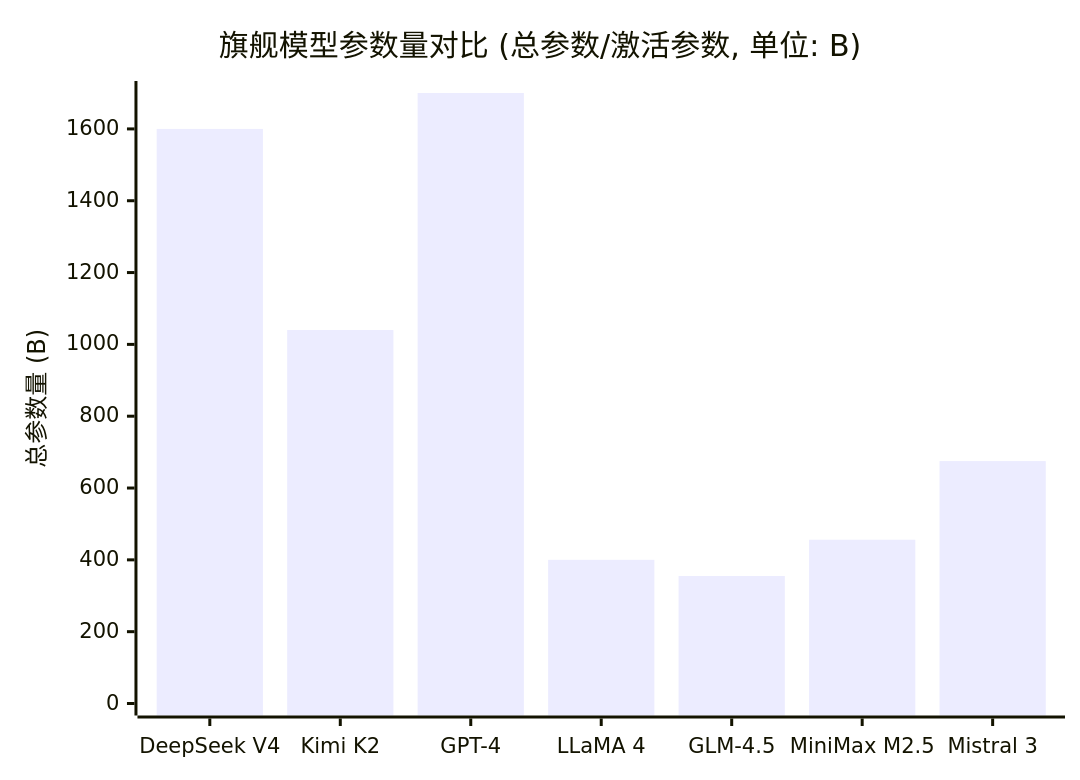
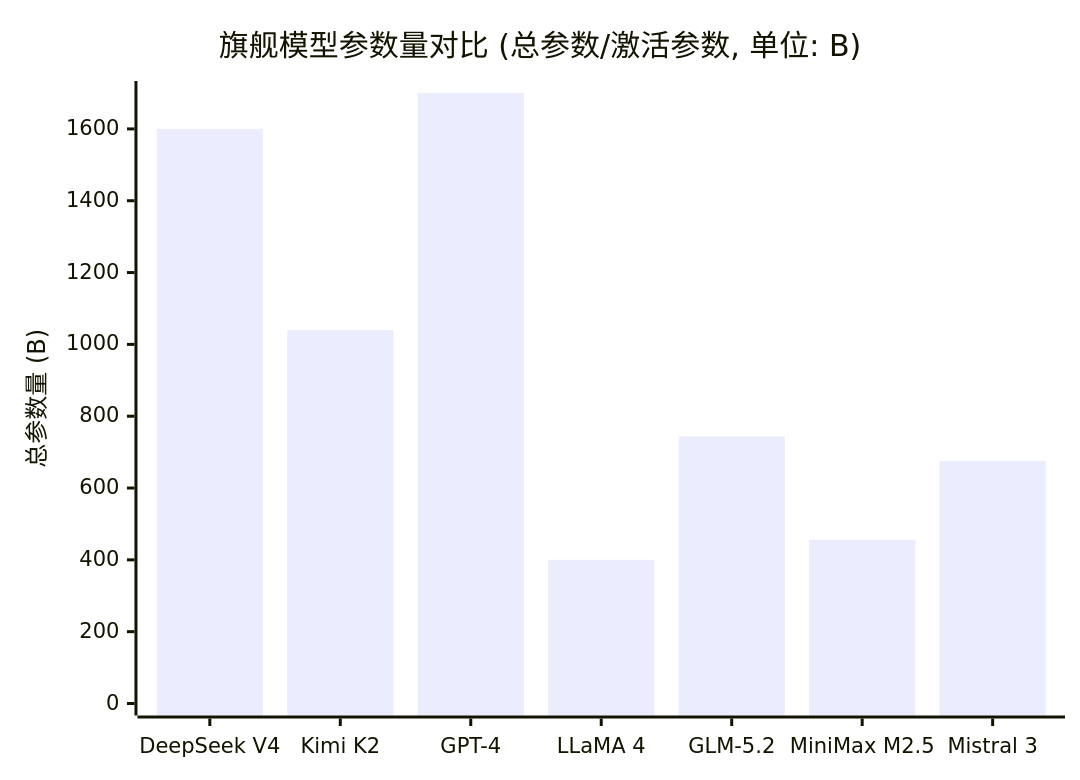
The third of 9 diagrams in synthesis/Chinese_vs_Global_LLM_Comparison.md (CloudManHQ/CloudMaster), drawn with Mermaid before and after one commit. The commit also changed other lines of this file and 21 other files, not shown here.

````diff
--- a/synthesis/Chinese_vs_Global_LLM_Comparison.md
+++ b/synthesis/Chinese_vs_Global_LLM_Comparison.md
@@ -110,7 +110,7 @@
 ```mermaid
 xychart-beta
     title "旗舰模型参数量对比 (总参数/激活参数, 单位: B)"
-    x-axis ["DeepSeek V4", "Kimi K2", "GPT-4", "LLaMA 4", "GLM-4.5", "MiniMax M2.5", "Mistral 3"]
+    x-axis ["DeepSeek V4", "Kimi K2", "GPT-4", "LLaMA 4", "GLM-5.2", "MiniMax M2.5", "Mistral 3"]
     y-axis "总参数量 (B)" 0 --> 1700
-    bar [1600, 1040, 1700, 400, 355, 456, 675]
+    bar [1600, 1040, 1700, 400, 744, 456, 675]
 ```
````
